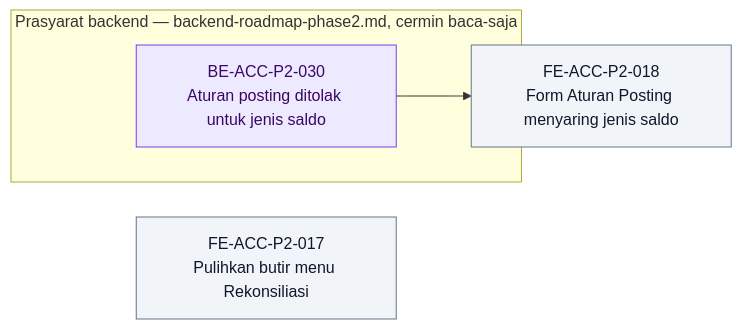
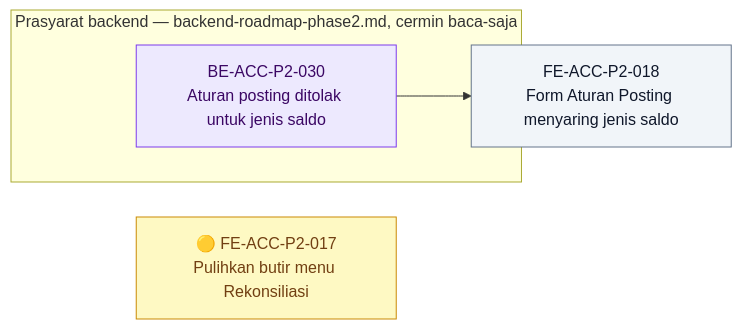
The seventh of 7 diagrams in docs/module-blueprints/accounting/roadmap/frontend-roadmap-phase2.md (DevBenari/NewQuilvianSystemBackend), drawn with Mermaid before and after one commit. The commit also changed other lines of this file and 12 other files, not shown here.

Commit message:
feat(accounting): BE-ACC-P2-014 rekonsiliasi saldo subledger (source + laporan, menunggu uji)

````diff
--- a/docs/module-blueprints/accounting/roadmap/frontend-roadmap-phase2.md
+++ b/docs/module-blueprints/accounting/roadmap/frontend-roadmap-phase2.md
@@ -667,17 +667,17 @@
 ```mermaid
 flowchart LR
     classDef selesai fill:#DCFCE7,stroke:#16A34A,color:#14532D
     classDef sebagian fill:#FEF9C3,stroke:#CA8A04,color:#713F12
     classDef terblokir fill:#FEE2E2,stroke:#DC2626,color:#7F1D1D
     classDef belum fill:#F1F5F9,stroke:#64748B,color:#0F172A
     classDef luar fill:#EDE9FE,stroke:#7C3AED,color:#3B0764
 
     subgraph backend6["Prasyarat backend — backend-roadmap-phase2.md, cermin baca-saja"]
         BBEACCP2030["BE-ACC-P2-030<br/>Aturan posting ditolak untuk jenis saldo"]:::luar
     end
 
-    FEACCP2017["FE-ACC-P2-017<br/>Pulihkan butir menu Rekonsiliasi"]:::belum
+    FEACCP2017["🟡 FE-ACC-P2-017<br/>Pulihkan butir menu Rekonsiliasi"]:::sebagian
     FEACCP2018["FE-ACC-P2-018<br/>Form Aturan Posting menyaring jenis saldo"]:::belum
 
     BBEACCP2030 --> FEACCP2018
 ```
````
